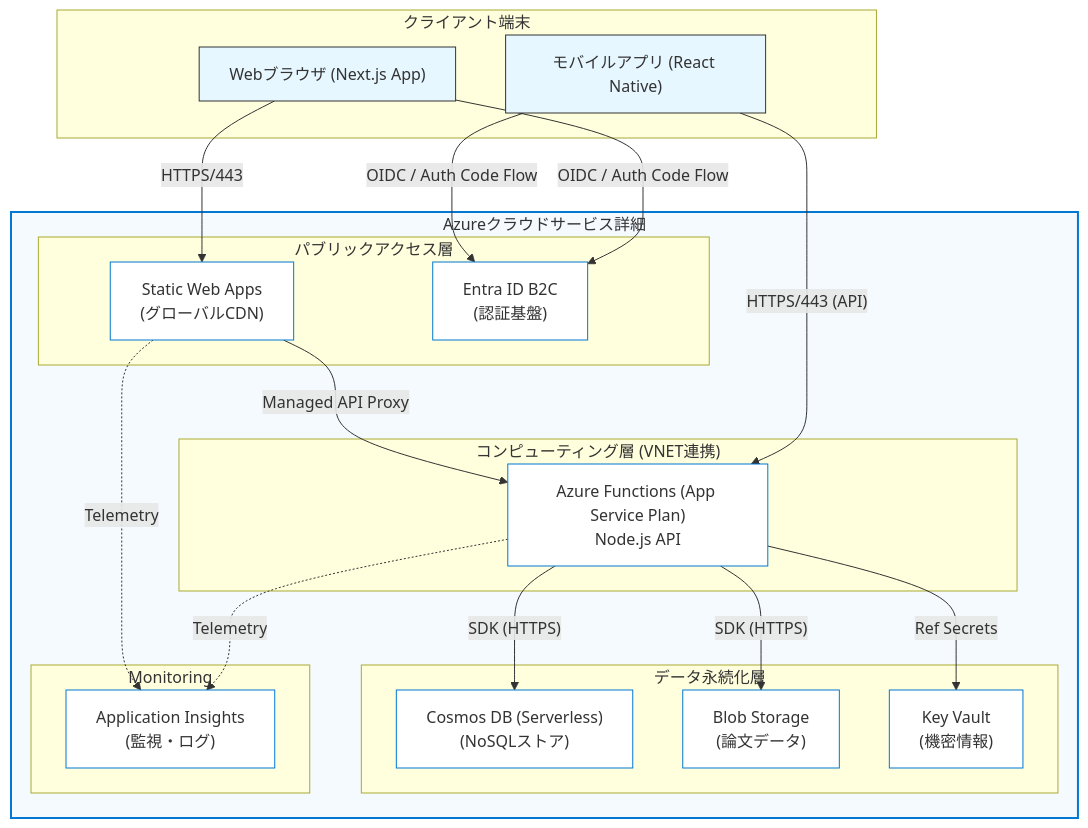
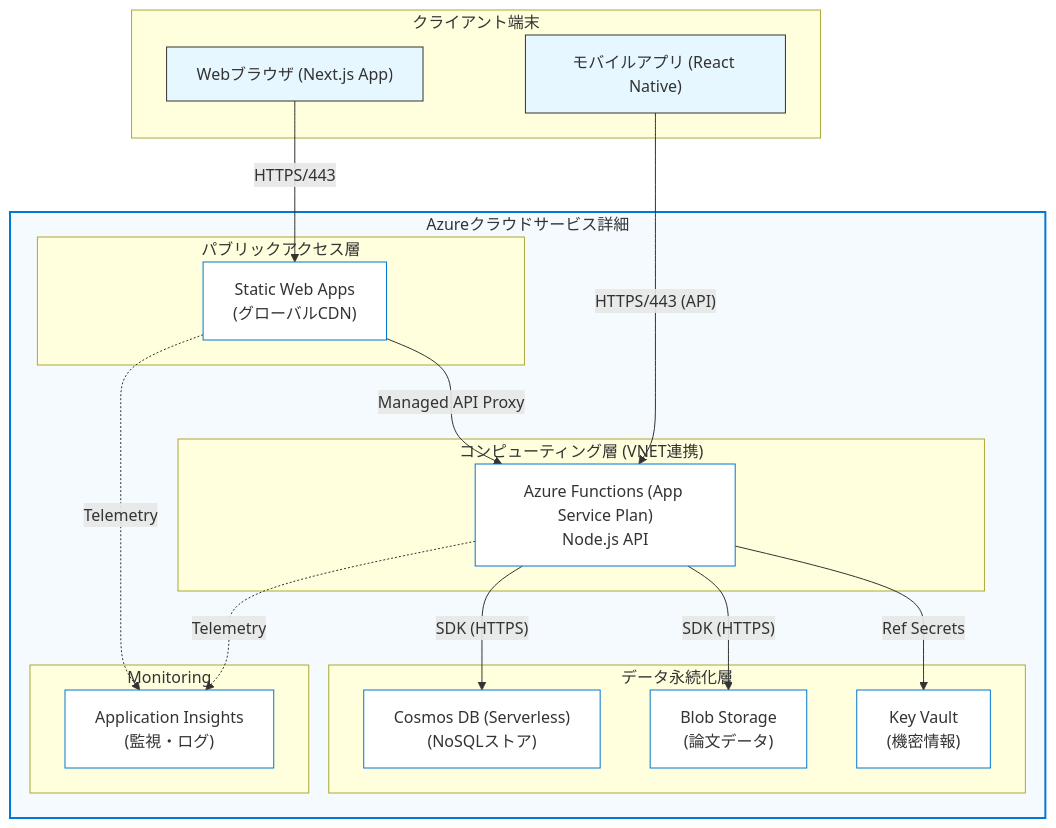
The diagram in docs/01_planning/環境設計書.md (keisato848/IpaLab), drawn with Mermaid before and after one commit. The commit also changed other lines of this file and 21 other files, not shown here.

````diff
--- a/docs/01_planning/環境設計書.md
+++ b/docs/01_planning/環境設計書.md
@@ -30,51 +29,48 @@
 ```mermaid
 graph TB
     subgraph Client ["クライアント端末"]
         Browser["Webブラウザ (Next.js App)"]
         Mobile["モバイルアプリ (React Native)"]
     end
 
     subgraph Azure_Cloud ["Azureクラウドサービス詳細"]
         style Azure_Cloud fill:#f5faff,stroke:#0078d4,stroke-width:2px
 
-        subgraph Public_Inbound ["パブリックアクセス層"]
+    subgraph Public_Inbound ["パブリックアクセス層"]
             SWA["Static Web Apps<br/>(グローバルCDN)"]
-            Auth["Entra ID B2C<br/>(認証基盤)"]
         end
 
         subgraph Serverless_Compute ["コンピューティング層 (VNET連携)"]
             Func["Azure Functions (App Service Plan)<br/>Node.js API"]
         end
 
         subgraph Data_Storage ["データ永続化層"]
             Cosmos["Cosmos DB (Serverless)<br/>(NoSQLストア)"]
             Blob["Blob Storage<br/>(論文データ)"]
             KV["Key Vault<br/>(機密情報)"]
         end
 
         subgraph Monitoring
             AppInsights["Application Insights<br/>(監視・ログ)"]
         end
     end
 
     %% Flows
     Browser -->|"HTTPS/443"| SWA
     Mobile -->|"HTTPS/443 (API)"| Func
     
     SWA -->|"Managed API Proxy"| Func
-    Browser -->|"OIDC / Auth Code Flow"| Auth
-    Mobile -->|"OIDC / Auth Code Flow"| Auth
     
     Func -->|"SDK (HTTPS)"| Cosmos
     Func -->|"SDK (HTTPS)"| Blob
     Func -->|"Ref Secrets"| KV
     
     Func -.->|"Telemetry"| AppInsights
     SWA -.->|"Telemetry"| AppInsights
 
     %% Styling
     classDef client fill:#e6f7ff,stroke:#333,stroke-width:1px;
     classDef azure fill:#fff,stroke:#0078d4,stroke-width:1px;
     class Browser,Mobile client;
     class SWA,Auth,Func,Cosmos,Blob,KV,AppInsights azure;
 ```
````
